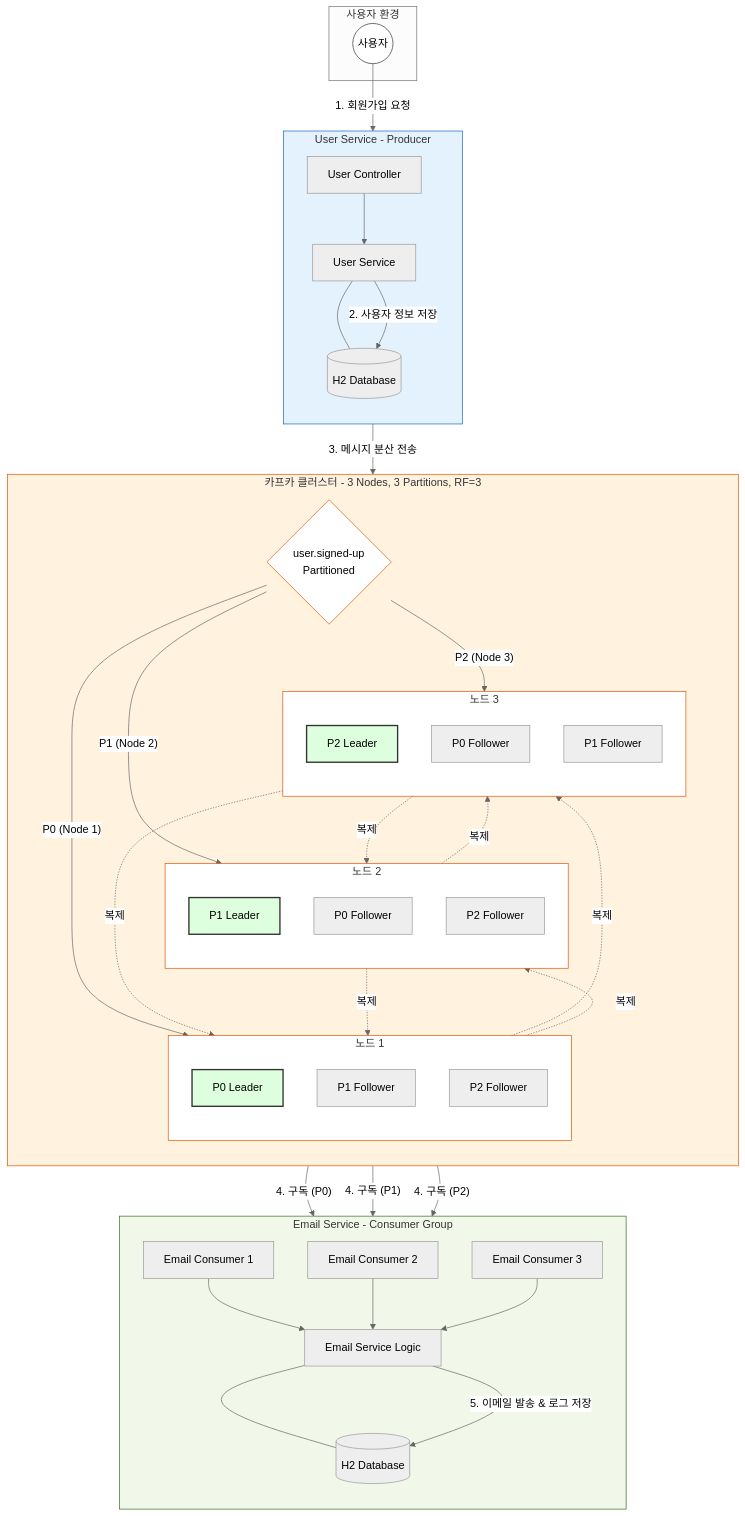
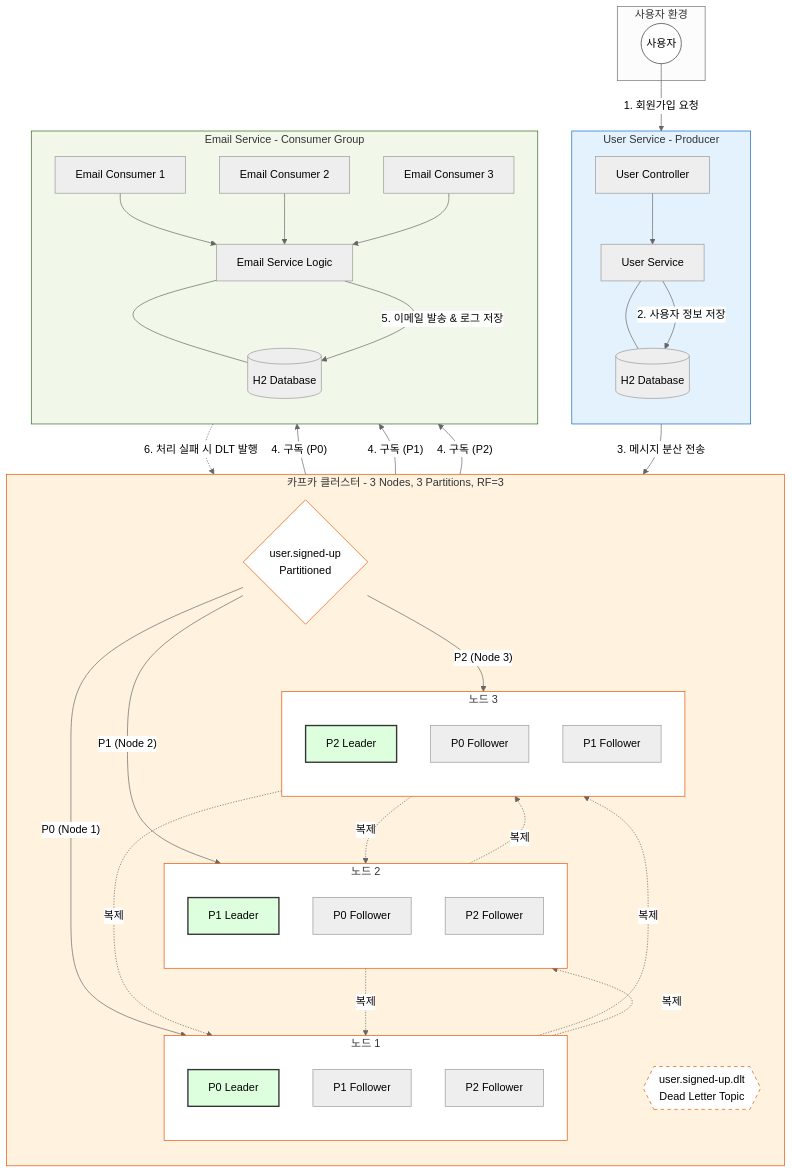
Before and after one commit to muzzaiwork/kafka: the diagram in 07-msa-project/Project-Design.md, drawn with Mermaid (neutral theme).

Commit message:
docs: add DLT topic and flow to msa project architecture diagram

````diff
--- a/07-msa-project/Project-Design.md
+++ b/07-msa-project/Project-Design.md
@@ -58,6 +58,7 @@
         end
         
         TopicFlow{user.signed-up<br/>Partitioned}
+        DLT_Topic{{user.signed-up.dlt<br/>Dead Letter Topic}}
     end
 
     subgraph EmailService [Email Service - Consumer Group]
@@ -93,6 +94,7 @@
     P2L -- "4. 구독 (P2)" --> E_Consumer3
     
     E_Service -- "5. 이메일 발송 & 로그 저장" --> E_DB
+    E_Service -. "6. 처리 실패 시 DLT 발행" .-> DLT_Topic
 
     %% 스타일 설정
     style User fill:#ffffff,stroke:#333
@@ -106,4 +108,5 @@
     style P1L fill:#dfd,stroke:#333,stroke-width:2px
     style P2L fill:#dfd,stroke:#333,stroke-width:2px
     style TopicFlow fill:#fff,stroke:#e65100
+    style DLT_Topic fill:#fff,stroke:#e65100,stroke-dasharray: 5 5
 ```
````
